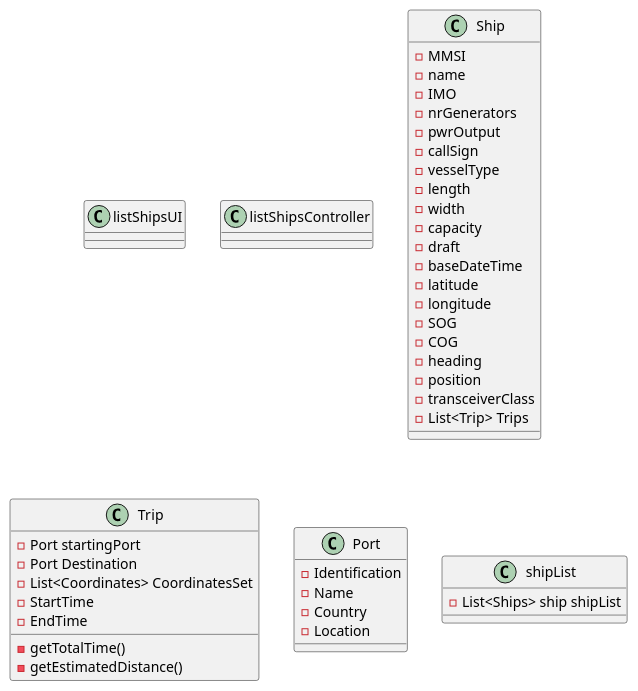
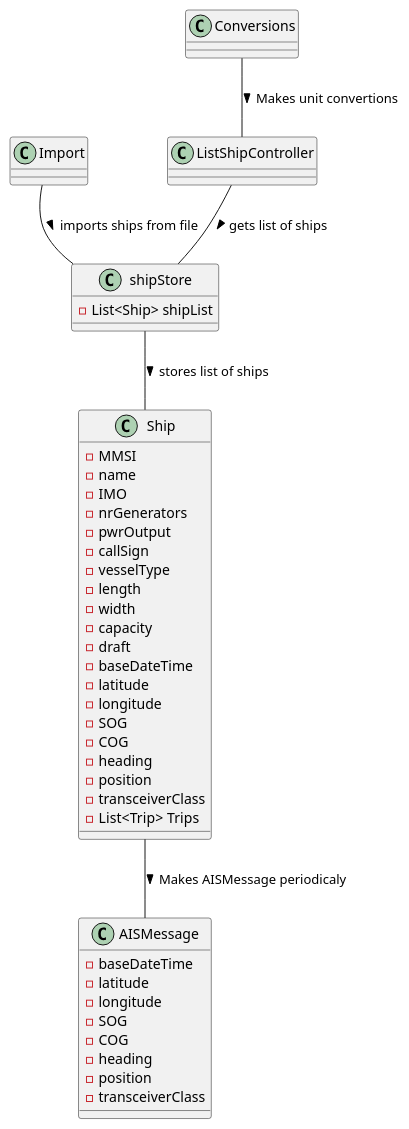
The diagram in docs/Sprint1/US105/CD.puml (mpoboas/lapr3-2021-g102), drawn with PlantUML before and after one commit. The commit also changed 7 other files, not shown here.

```diff
--- a/docs/Sprint1/US105/CD.puml
+++ b/docs/Sprint1/US105/CD.puml
@@ -1,54 +1,45 @@
 @startuml
-
-
-class listShipsUI {}
-
-
-class listShipsController
-
+class ListShipController
+class Conversions
+class AISMessage{
+-baseDateTime
+-latitude
+-longitude
+-SOG
+-COG
+-heading
+-position
+-transceiverClass
+}
 class Ship {
 -MMSI
 -name
 -IMO
 -nrGenerators
 -pwrOutput
 -callSign
 -vesselType
 -length
 -width
 -capacity
 -draft
 -baseDateTime
 -latitude
 -longitude
 -SOG
 -COG
 -heading
 -position
 -transceiverClass
 -List<Trip> Trips
 }
-
-class Trip{
--Port startingPort
--Port Destination
--List<Coordinates> CoordinatesSet
--StartTime
--EndTime
--getTotalTime()
--getEstimatedDistance()
+class shipStore{
+-List<Ship> shipList
 }
-
-class Port{
--Identification
--Name
--Country
--Location
-}
-
-class shipList{
--List<Ships> ship shipList
-}
-
-
+class Import
+Import  --  shipStore: imports ships from file >
+shipStore -- Ship : stores list of ships >
+Conversions -- ListShipController: Makes unit convertions >
+Ship -- AISMessage : Makes AISMessage periodicaly >
+ListShipController -- shipStore : gets list of ships >
 @enduml
```
